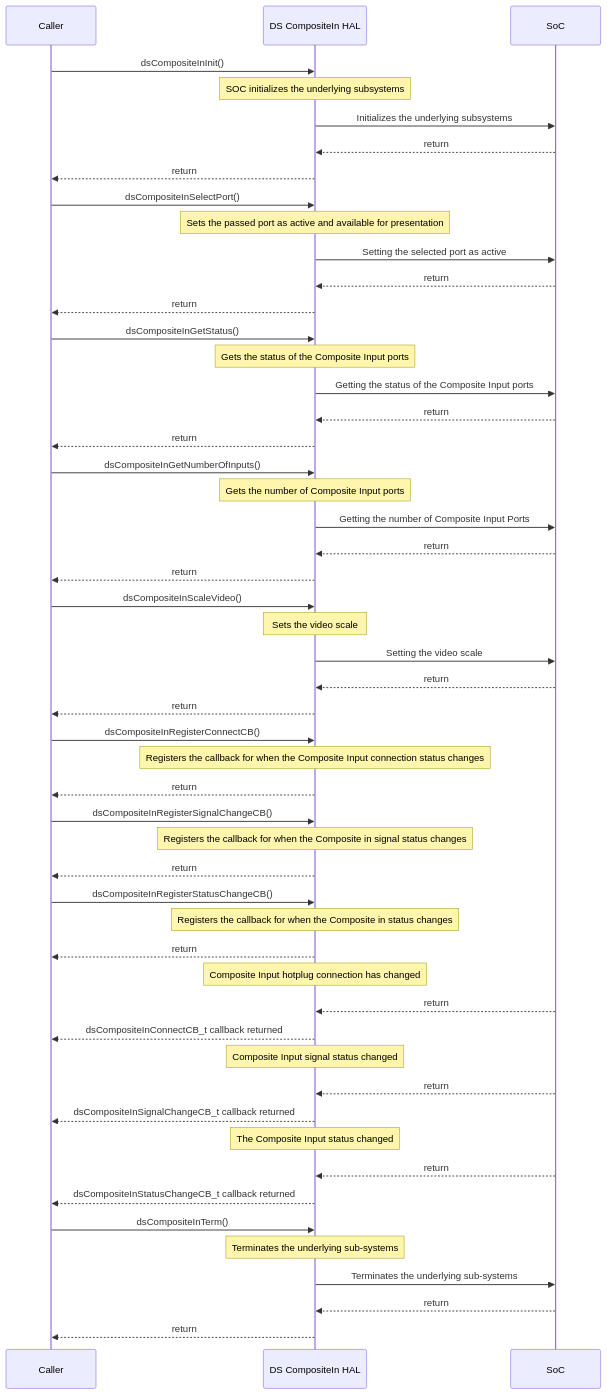
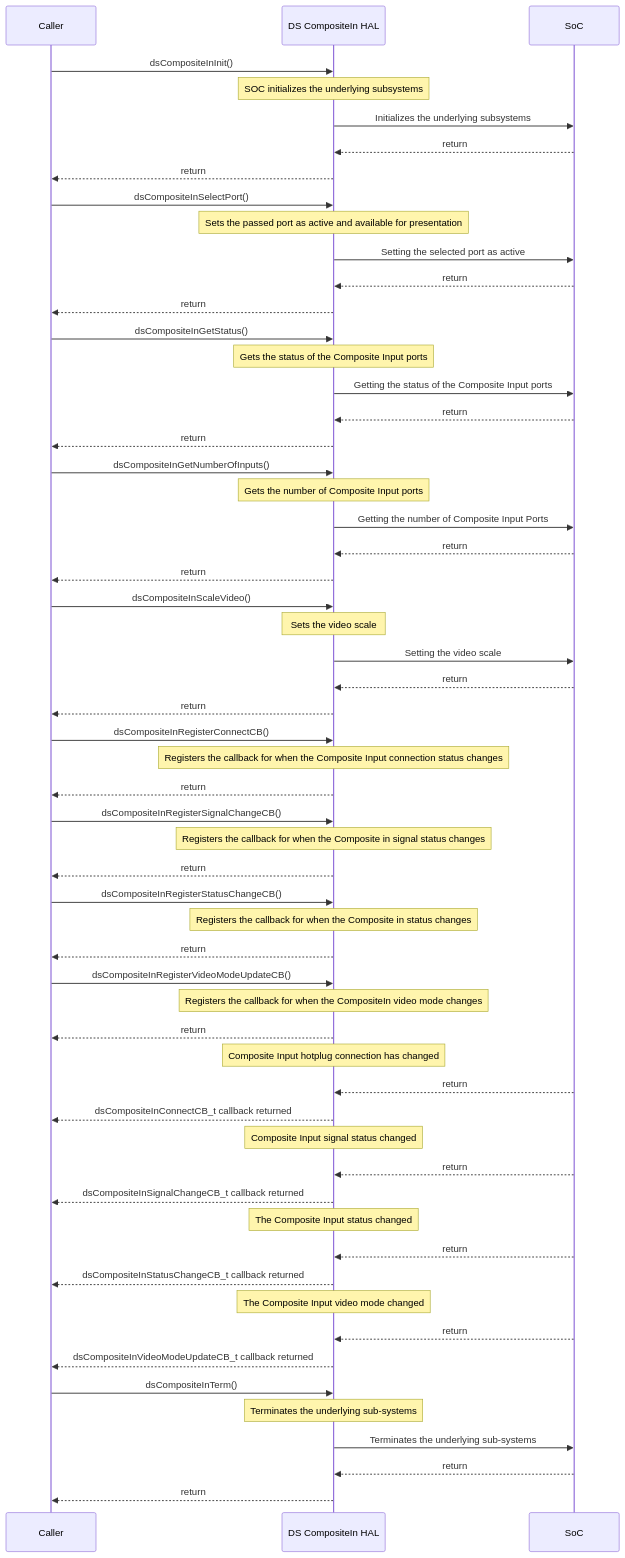
Before and after one commit to rdkcentral/rdk-halif-device_settings: the second of 2 diagrams in docs/pages/ds-composite-in_halSpec.md, drawn with Mermaid. The commit also changed other lines of this file, not shown here.

Commit message:
gh #80 Added Composite VideoModeCB Header

````diff
--- a/docs/pages/ds-composite-in_halSpec.md
+++ b/docs/pages/ds-composite-in_halSpec.md
@@ -168,55 +170,61 @@
 ```mermaid
 %%{ init : { "theme" : "default", "flowchart" : { "curve" : "stepBefore" }}}%%
    sequenceDiagram
     participant Caller as Caller
     participant HAL as DS CompositeIn HAL
     participant Driver as SoC
     Caller->>HAL:dsCompositeInInit()
     Note over HAL: SOC initializes the underlying subsystems
     HAL->>Driver:Initializes the underlying subsystems
     Driver-->>HAL:return
     HAL-->>Caller:return
     Caller->>HAL:dsCompositeInSelectPort()
     Note over HAL: Sets the passed port as active and available for presentation
     HAL->>Driver:Setting the selected port as active
     Driver-->>HAL:return
     HAL-->>Caller:return
     Caller->>HAL:dsCompositeInGetStatus()
     Note over HAL: Gets the status of the Composite Input ports
     HAL->>Driver:Getting the status of the Composite Input ports
     Driver-->>HAL:return
     HAL-->>Caller:return
     Caller->>HAL:dsCompositeInGetNumberOfInputs()
     Note over HAL: Gets the number of Composite Input ports
     HAL->>Driver:Getting the number of Composite Input Ports
     Driver-->>HAL:return
     HAL-->>Caller:return
     Caller->>HAL:dsCompositeInScaleVideo()
     Note over HAL: Sets the video scale
     HAL->>Driver:Setting the video scale
     Driver-->>HAL:return
     HAL-->>Caller:return
     Caller->>HAL:dsCompositeInRegisterConnectCB()
     Note over HAL: Registers the callback for when the Composite Input connection status changes
     HAL-->>Caller:return
     Caller->>HAL:dsCompositeInRegisterSignalChangeCB()
     Note over HAL: Registers the callback for when the Composite in signal status changes
     HAL-->>Caller:return
     Caller->>HAL:dsCompositeInRegisterStatusChangeCB()
     Note over HAL: Registers the callback for when the Composite in status changes
     HAL-->>Caller:return
+    Caller->>HAL:dsCompositeInRegisterVideoModeUpdateCB()
+    Note over HAL: Registers the callback for when the CompositeIn video mode changes
+    HAL-->>Caller:return
     Note over HAL: Composite Input hotplug connection has changed
     Driver-->>HAL:return
     HAL-->>Caller:dsCompositeInConnectCB_t callback returned
     Note over HAL: Composite Input signal status changed
     Driver-->>HAL:return
     HAL-->>Caller:dsCompositeInSignalChangeCB_t callback returned
     Note over HAL: The Composite Input status changed
     Driver-->>HAL:return
     HAL-->>Caller:dsCompositeInStatusChangeCB_t callback returned
+    Note over HAL: The Composite Input video mode changed
+    Driver-->>HAL:return
+    HAL-->>Caller:dsCompositeInVideoModeUpdateCB_t callback returned
     Caller ->>HAL:dsCompositeInTerm()
     Note over HAL: Terminates the underlying sub-systems
     HAL->>Driver:Terminates the underlying sub-systems
     Driver-->>HAL:return
     HAL-->>Caller:return
  ```
````
